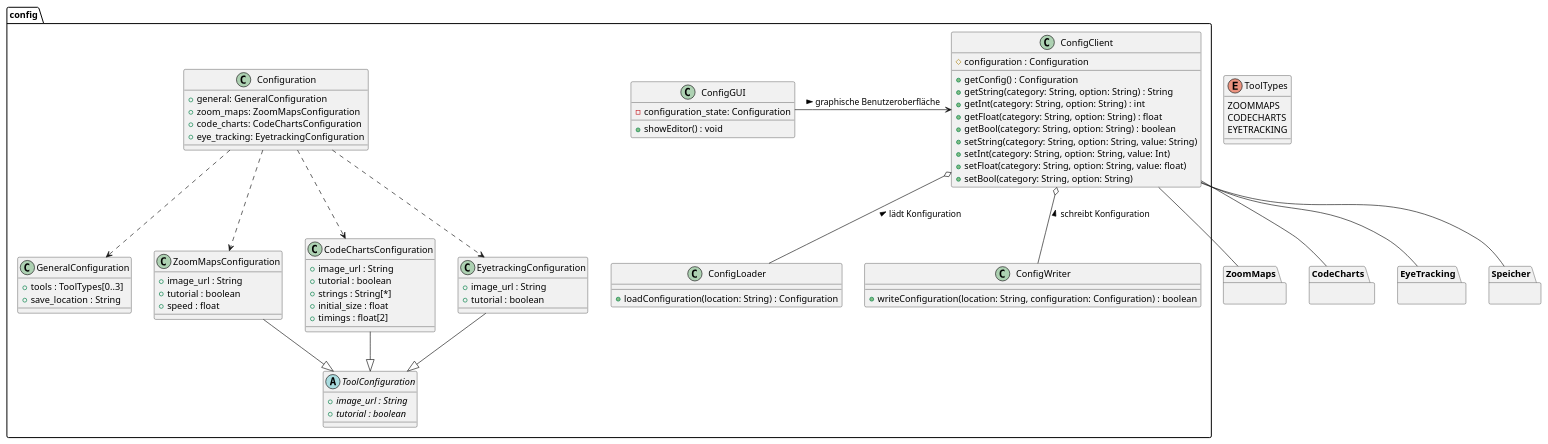
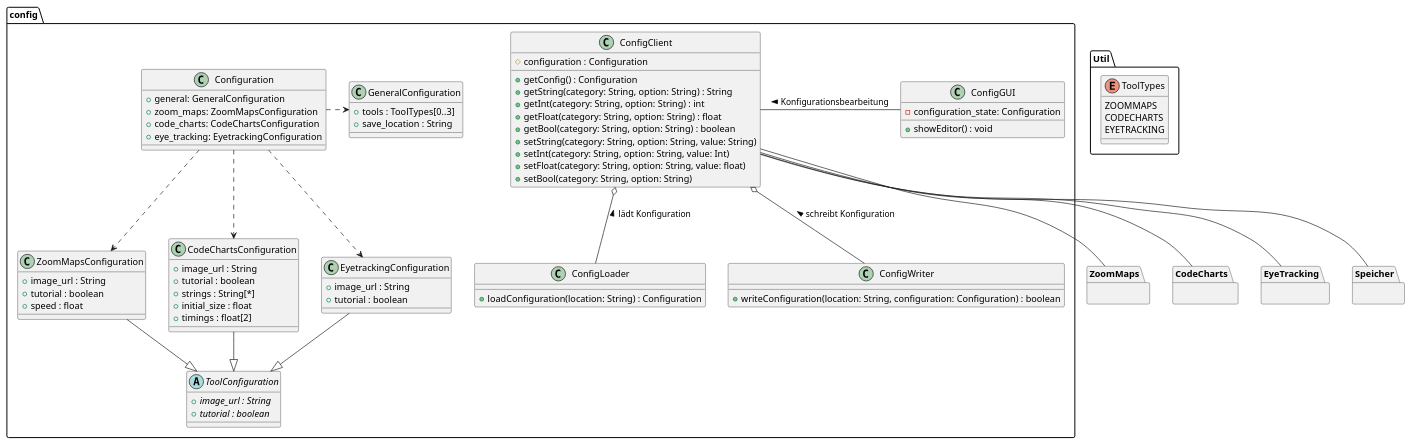
The diagram in meilenstein_03/uml-config/config.puml (weichware10/meilensteine), drawn with PlantUML before and after one commit.

Commit message:
Pfeil geändert und Util Package

```diff
--- a/meilenstein_03/uml-config/config.puml
+++ b/meilenstein_03/uml-config/config.puml
@@ -1,95 +1,98 @@
 @startuml config
 
-enum ToolTypes {
+package Util {
+  enum ToolTypes {
   ZOOMMAPS
   CODECHARTS
   EYETRACKING
+  }
 }
+
 
 package ZoomMaps {}
 package CodeCharts {}
 package EyeTracking {}
 package Speicher {}
 
 package config {
   class ConfigClient {
     # configuration : Configuration
     + getConfig() : Configuration
     + getString(category: String, option: String) : String
     + getInt(category: String, option: String) : int
     + getFloat(category: String, option: String) : float
     + getBool(category: String, option: String) : boolean
     + setString(category: String, option: String, value: String)
     + setInt(category: String, option: String, value: Int)
     + setFloat(category: String, option: String, value: float)
     + setBool(category: String, option: String)
   }
 
   class ConfigLoader {
     + loadConfiguration(location: String) : Configuration
   }
 
   class ConfigWriter {
     + writeConfiguration(location: String, configuration: Configuration) : boolean
   }
 
   class ConfigGUI {
     - configuration_state: Configuration
     + showEditor() : void
   }
 
   class Configuration {
     + general: GeneralConfiguration
     + zoom_maps: ZoomMapsConfiguration
     + code_charts: CodeChartsConfiguration
     + eye_tracking: EyetrackingConfiguration
   }
   class GeneralConfiguration {
     + tools : ToolTypes[0..3]
     + save_location : String
   }
   class ZoomMapsConfiguration {
     + image_url : String
     + tutorial : boolean
     + speed : float
   }
   class CodeChartsConfiguration {
     + image_url : String
     + tutorial : boolean
     + strings : String[*]
     + initial_size : float
     + timings : float[2]
   }
   class EyetrackingConfiguration {
     + image_url : String
     + tutorial : boolean
   }
   abstract ToolConfiguration {
     + {abstract} image_url : String
     + {abstract} tutorial : boolean
   }
 
   ' ConfigClient ..> Configuration
 
   ConfigClient o-- ConfigLoader : < lädt Konfiguration
   ' ConfigLoader ..> Configuration
 
   ConfigClient o-- ConfigWriter : < schreibt Konfiguration
   ' ConfigWriter ..> Configuration
 
-  ConfigClient <-l- ConfigGUI : < graphische Benutzeroberfläche
+  ConfigClient -r- ConfigGUI : < Konfigurationsbearbeitung
 
-  Configuration ..> GeneralConfiguration
+  Configuration .r.> GeneralConfiguration
   Configuration ..> ZoomMapsConfiguration
   Configuration ..> CodeChartsConfiguration
   Configuration ..> EyetrackingConfiguration
 
   ZoomMapsConfiguration --|> ToolConfiguration
   CodeChartsConfiguration --|> ToolConfiguration
   EyetrackingConfiguration --|> ToolConfiguration
 }
 ConfigClient -- ZoomMaps
 ConfigClient -- CodeCharts
 ConfigClient -- EyeTracking
 ConfigClient -- Speicher
 @enduml
```
